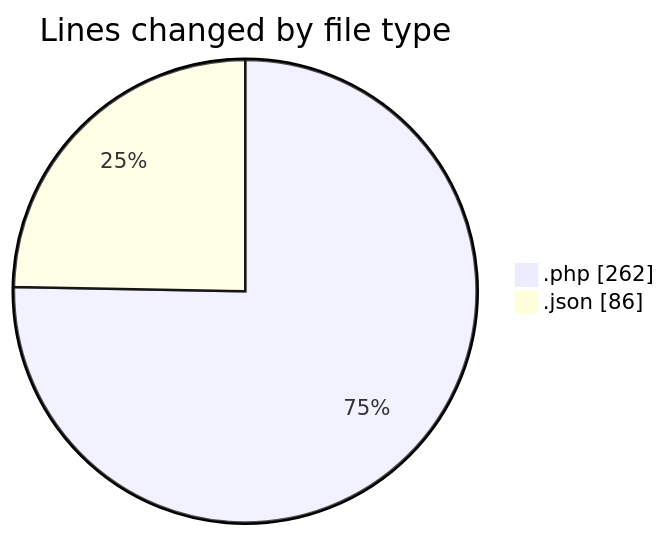
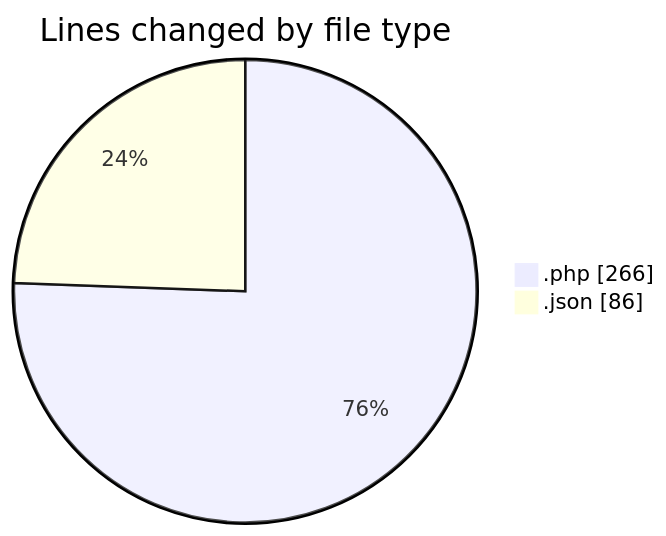
Before and after one commit to vahidmafi/code-tracking: the first of 2 diagrams in 2025-04-11/zeytoon/README.md, drawn with Mermaid. The commit also changed other lines of this file and 1 other file, not shown here.

````diff
--- a/2025-04-11/zeytoon/README.md
+++ b/2025-04-11/zeytoon/README.md
@@ -23,6 +23,6 @@
 ```mermaid
 pie showData
 title Lines changed by file type
-".php" : 262
+".php" : 266
 ".json" : 86
 ```
````
